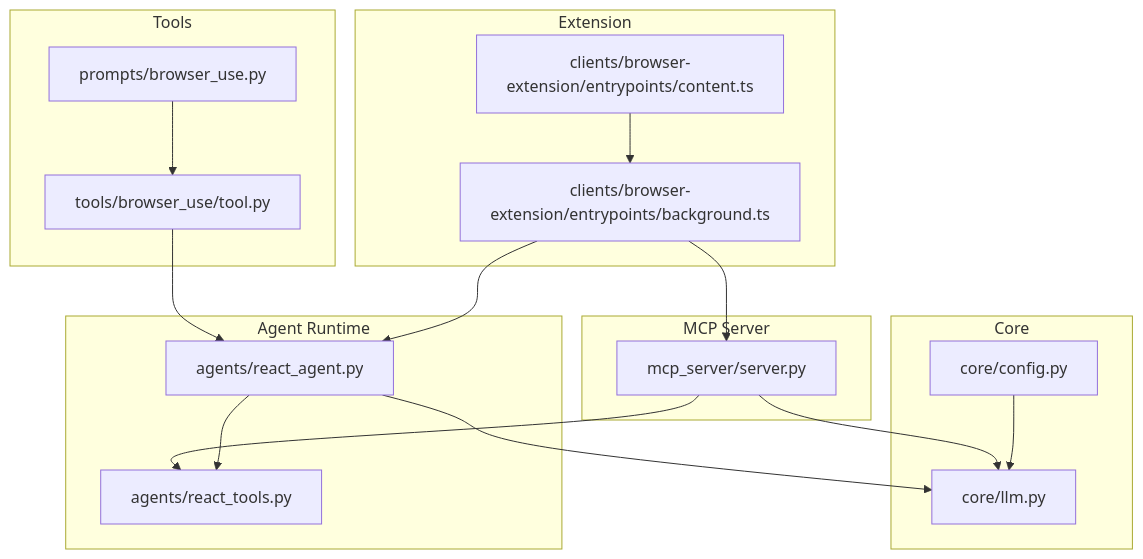
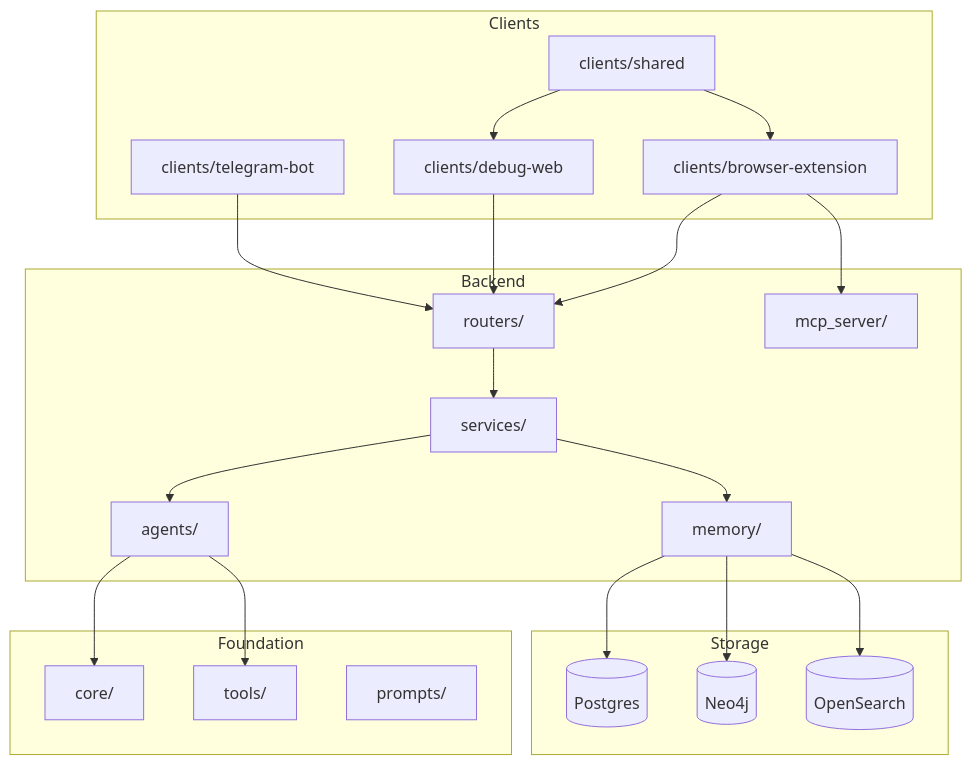
The first of 5 diagrams in src/data/docs/agentic-browser/Project Overview.md (tashifkhan/tashif.codes), drawn with Mermaid before and after one commit. The commit also changed other lines of this file and 114 other files, not shown here.

````diff
--- a/src/data/docs/agentic-browser/Project Overview.md
+++ b/src/data/docs/agentic-browser/Project Overview.md
@@ -16,32 +17,40 @@
 ```mermaid
 graph TB
-subgraph "Core"
-CFG["core/config.py"]
-LLM["core/llm.py"]
+subgraph "Clients"
+  EXT["clients/browser-extension"]
+  CON["clients/debug-web"]
+  TG["clients/telegram-bot"]
+  SH["clients/shared"]
 end
-subgraph "Agent Runtime"
-RA["agents/react_agent.py"]
-RT["agents/react_tools.py"]
+subgraph "Backend"
+  R["routers/"]
+  S["services/"]
+  A["agents/"]
+  M["memory/"]
+  P["mcp_server/"]
 end
-subgraph "MCP Server"
-MCP["mcp_server/server.py"]
+subgraph "Foundation"
+  C["core/"]
+  T["tools/"]
+  PR["prompts/"]
 end
-subgraph "Extension"
-BG["clients/browser-extension/entrypoints/background.ts"]
-CT["clients/browser-extension/entrypoints/content.ts"]
+subgraph "Storage"
+  PG[("Postgres")]
+  NEO[("Neo4j")]
+  OS[("OpenSearch")]
 end
-subgraph "Tools"
-BA["tools/browser_use/tool.py"]
-PU["prompts/browser_use.py"]
-end
-CFG --> LLM
-RA --> RT
-RA --> LLM
-MCP --> LLM
-MCP --> RT
-BG --> RA
-BG --> MCP
-BA --> RA
-PU --> BA
-CT --> BG
+EXT --> R
+CON --> R
+TG --> R
+EXT --> P
+SH --> EXT
+SH --> CON
+R --> S
+S --> A
+S --> M
+A --> C
+A --> T
+M --> PG
+M --> NEO
+M --> OS
 ```
````
